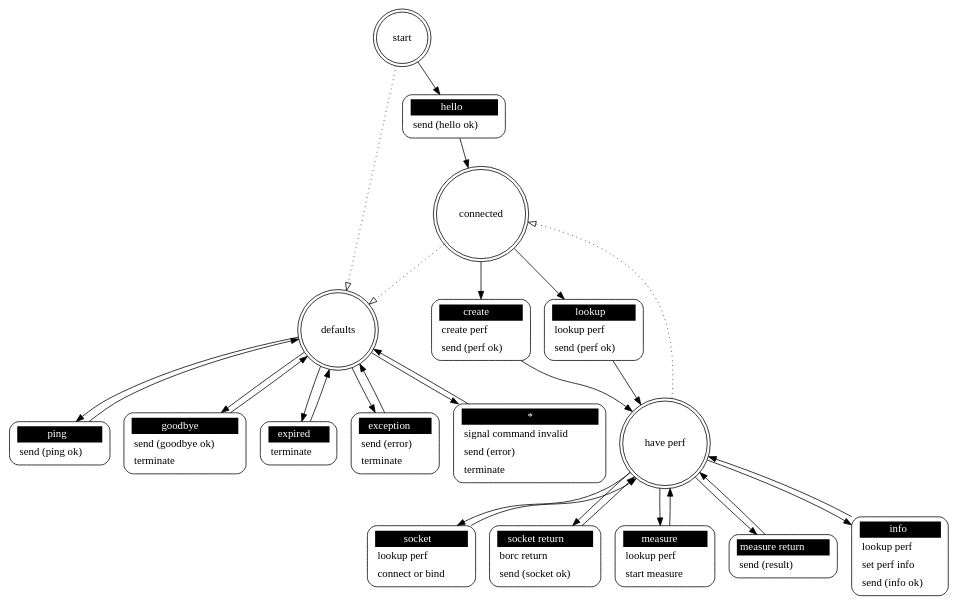
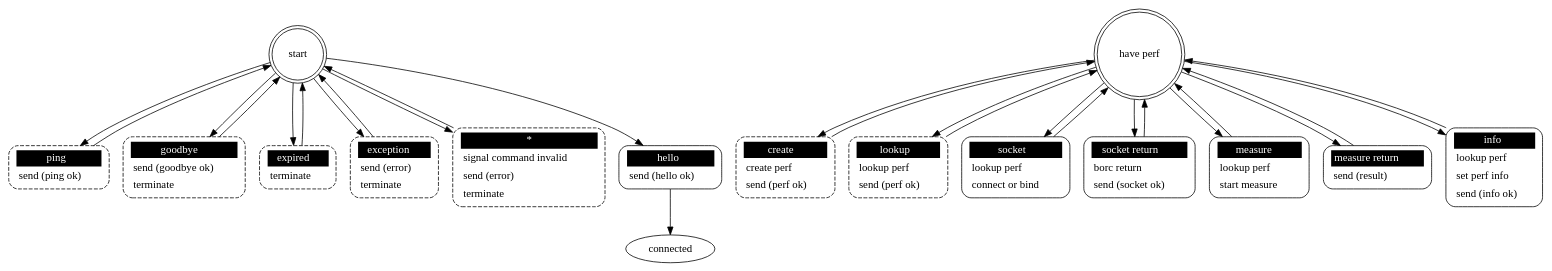
Before and after one commit to brettviren/zperfmq: the diagram in src/zperf_server.dot, drawn with Graphviz. The commit also changed 2 other files, not shown here.

Commit message:
In a loop sock handler must engine_send_event() not engine_next_event().

```diff
--- a/src/zperf_server.dot
+++ b/src/zperf_server.dot
@@ -1,53 +1,46 @@
 ## Automatically generated from zperf_server.xml by gsl
 digraph "zperf_server" {
- "start" -> "defaults" [style=dotted,arrowhead=empty]
- "connected" -> "defaults" [style=dotted,arrowhead=empty]
- "have perf" -> "connected" [style=dotted,arrowhead=empty]
 
  "start" [shape = "doublecircle"];
+ "start ping" [shape = "Mrecord" style = dashed label = <<table border="0" cellborder="0" cellpadding="3" bgcolor="white"><tr><td bgcolor="black" align="center" colspan="2"><font color="white">ping</font></td></tr><tr><td align="left" port="r3">send (ping ok)</td></tr></table>>];
+ "start" -> "start ping";
+ "start ping" -> "start";
+ "start goodbye" [shape = "Mrecord" style = dashed label = <<table border="0" cellborder="0" cellpadding="3" bgcolor="white"><tr><td bgcolor="black" align="center" colspan="2"><font color="white">goodbye</font></td></tr><tr><td align="left" port="r3">send (goodbye ok)</td></tr><tr><td align="left" port="r3">terminate</td></tr></table>>];
+ "start" -> "start goodbye";
+ "start goodbye" -> "start";
+ "start expired" [shape = "Mrecord" style = dashed label = <<table border="0" cellborder="0" cellpadding="3" bgcolor="white"><tr><td bgcolor="black" align="center" colspan="2"><font color="white">expired</font></td></tr><tr><td align="left" port="r3">terminate</td></tr></table>>];
+ "start" -> "start expired";
+ "start expired" -> "start";
+ "start exception" [shape = "Mrecord" style = dashed label = <<table border="0" cellborder="0" cellpadding="3" bgcolor="white"><tr><td bgcolor="black" align="center" colspan="2"><font color="white">exception</font></td></tr><tr><td align="left" port="r3">send (error)</td></tr><tr><td align="left" port="r3">terminate</td></tr></table>>];
+ "start" -> "start exception";
+ "start exception" -> "start";
+ "start *" [shape = "Mrecord" style = dashed label = <<table border="0" cellborder="0" cellpadding="3" bgcolor="white"><tr><td bgcolor="black" align="center" colspan="2"><font color="white">*</font></td></tr><tr><td align="left" port="r3">signal command invalid</td></tr><tr><td align="left" port="r3">send (error)</td></tr><tr><td align="left" port="r3">terminate</td></tr></table>>];
+ "start" -> "start *";
+ "start *" -> "start";
  "start hello" [shape = "Mrecord" style = solid label = <<table border="0" cellborder="0" cellpadding="3" bgcolor="white"><tr><td bgcolor="black" align="center" colspan="2"><font color="white">hello</font></td></tr><tr><td align="left" port="r3">send (hello ok)</td></tr></table>>];
  "start" -> "start hello";
  "start hello" -> "connected";
 
- "connected" [shape = "doublecircle"];
- "connected create" [shape = "Mrecord" style = solid label = <<table border="0" cellborder="0" cellpadding="3" bgcolor="white"><tr><td bgcolor="black" align="center" colspan="2"><font color="white">create</font></td></tr><tr><td align="left" port="r3">create perf</td></tr><tr><td align="left" port="r3">send (perf ok)</td></tr></table>>];
- "connected" -> "connected create";
- "connected create" -> "have perf";
- "connected lookup" [shape = "Mrecord" style = solid label = <<table border="0" cellborder="0" cellpadding="3" bgcolor="white"><tr><td bgcolor="black" align="center" colspan="2"><font color="white">lookup</font></td></tr><tr><td align="left" port="r3">lookup perf</td></tr><tr><td align="left" port="r3">send (perf ok)</td></tr></table>>];
- "connected" -> "connected lookup";
- "connected lookup" -> "have perf";
-
  "have perf" [shape = "doublecircle"];
+ "have perf create" [shape = "Mrecord" style = dashed label = <<table border="0" cellborder="0" cellpadding="3" bgcolor="white"><tr><td bgcolor="black" align="center" colspan="2"><font color="white">create</font></td></tr><tr><td align="left" port="r3">create perf</td></tr><tr><td align="left" port="r3">send (perf ok)</td></tr></table>>];
+ "have perf" -> "have perf create";
+ "have perf create" -> "have perf";
+ "have perf lookup" [shape = "Mrecord" style = dashed label = <<table border="0" cellborder="0" cellpadding="3" bgcolor="white"><tr><td bgcolor="black" align="center" colspan="2"><font color="white">lookup</font></td></tr><tr><td align="left" port="r3">lookup perf</td></tr><tr><td align="left" port="r3">send (perf ok)</td></tr></table>>];
+ "have perf" -> "have perf lookup";
+ "have perf lookup" -> "have perf";
  "have perf socket" [shape = "Mrecord" style = solid label = <<table border="0" cellborder="0" cellpadding="3" bgcolor="white"><tr><td bgcolor="black" align="center" colspan="2"><font color="white">socket</font></td></tr><tr><td align="left" port="r3">lookup perf</td></tr><tr><td align="left" port="r3">connect or bind</td></tr></table>>];
  "have perf" -> "have perf socket";
  "have perf socket" -> "have perf";
  "have perf socket return" [shape = "Mrecord" style = solid label = <<table border="0" cellborder="0" cellpadding="3" bgcolor="white"><tr><td bgcolor="black" align="center" colspan="2"><font color="white">socket return</font></td></tr><tr><td align="left" port="r3">borc return</td></tr><tr><td align="left" port="r3">send (socket ok)</td></tr></table>>];
  "have perf" -> "have perf socket return";
  "have perf socket return" -> "have perf";
  "have perf measure" [shape = "Mrecord" style = solid label = <<table border="0" cellborder="0" cellpadding="3" bgcolor="white"><tr><td bgcolor="black" align="center" colspan="2"><font color="white">measure</font></td></tr><tr><td align="left" port="r3">lookup perf</td></tr><tr><td align="left" port="r3">start measure</td></tr></table>>];
  "have perf" -> "have perf measure";
  "have perf measure" -> "have perf";
  "have perf measure return" [shape = "Mrecord" style = solid label = <<table border="0" cellborder="0" cellpadding="3" bgcolor="white"><tr><td bgcolor="black" align="center" colspan="2"><font color="white">measure return</font></td></tr><tr><td align="left" port="r3">send (result)</td></tr></table>>];
  "have perf" -> "have perf measure return";
  "have perf measure return" -> "have perf";
  "have perf info" [shape = "Mrecord" style = solid label = <<table border="0" cellborder="0" cellpadding="3" bgcolor="white"><tr><td bgcolor="black" align="center" colspan="2"><font color="white">info</font></td></tr><tr><td align="left" port="r3">lookup perf</td></tr><tr><td align="left" port="r3">set perf info</td></tr><tr><td align="left" port="r3">send (info ok)</td></tr></table>>];
  "have perf" -> "have perf info";
  "have perf info" -> "have perf";
-
- "defaults" [shape = "doublecircle"];
- "defaults ping" [shape = "Mrecord" style = solid label = <<table border="0" cellborder="0" cellpadding="3" bgcolor="white"><tr><td bgcolor="black" align="center" colspan="2"><font color="white">ping</font></td></tr><tr><td align="left" port="r3">send (ping ok)</td></tr></table>>];
- "defaults" -> "defaults ping";
- "defaults ping" -> "defaults";
- "defaults goodbye" [shape = "Mrecord" style = solid label = <<table border="0" cellborder="0" cellpadding="3" bgcolor="white"><tr><td bgcolor="black" align="center" colspan="2"><font color="white">goodbye</font></td></tr><tr><td align="left" port="r3">send (goodbye ok)</td></tr><tr><td align="left" port="r3">terminate</td></tr></table>>];
- "defaults" -> "defaults goodbye";
- "defaults goodbye" -> "defaults";
- "defaults expired" [shape = "Mrecord" style = solid label = <<table border="0" cellborder="0" cellpadding="3" bgcolor="white"><tr><td bgcolor="black" align="center" colspan="2"><font color="white">expired</font></td></tr><tr><td align="left" port="r3">terminate</td></tr></table>>];
- "defaults" -> "defaults expired";
- "defaults expired" -> "defaults";
- "defaults exception" [shape = "Mrecord" style = solid label = <<table border="0" cellborder="0" cellpadding="3" bgcolor="white"><tr><td bgcolor="black" align="center" colspan="2"><font color="white">exception</font></td></tr><tr><td align="left" port="r3">send (error)</td></tr><tr><td align="left" port="r3">terminate</td></tr></table>>];
- "defaults" -> "defaults exception";
- "defaults exception" -> "defaults";
- "defaults *" [shape = "Mrecord" style = solid label = <<table border="0" cellborder="0" cellpadding="3" bgcolor="white"><tr><td bgcolor="black" align="center" colspan="2"><font color="white">*</font></td></tr><tr><td align="left" port="r3">signal command invalid</td></tr><tr><td align="left" port="r3">send (error)</td></tr><tr><td align="left" port="r3">terminate</td></tr></table>>];
- "defaults" -> "defaults *";
- "defaults *" -> "defaults";
 }
```
